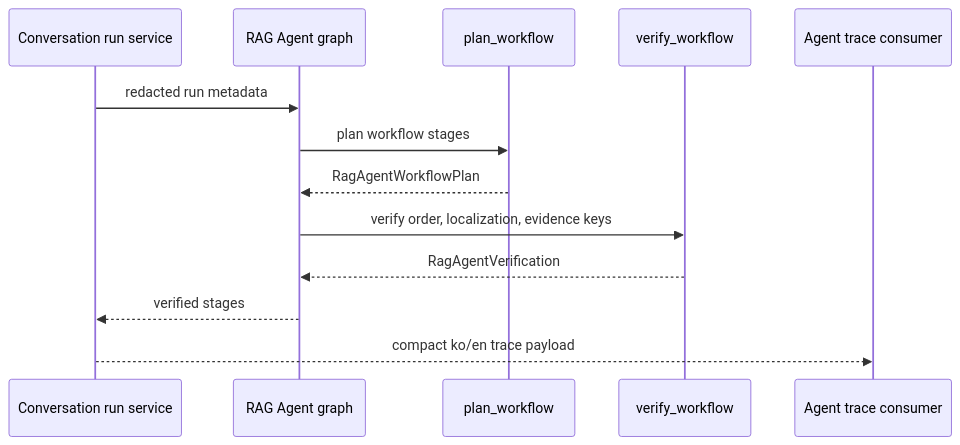
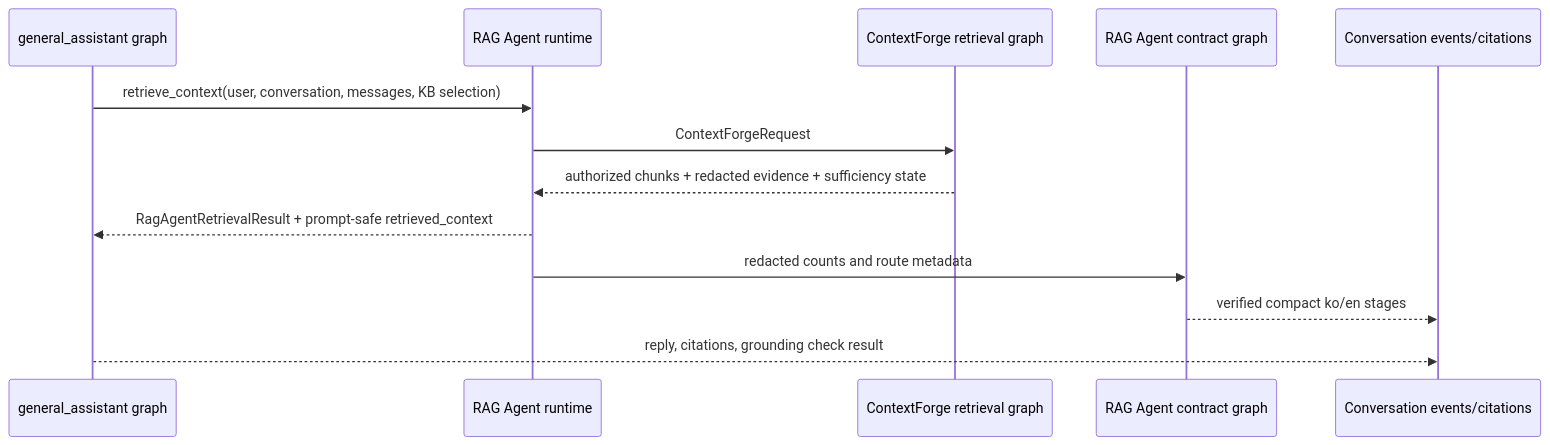
One commit to heecheon92/my-agents changed the diagram in my_agents/agents/rag_agent/README.en.md. Above: the diagram before and after it, drawn with Mermaid. The commit also changed other lines of this file and 45 other files, not shown here.

````diff
--- a/my_agents/agents/rag_agent/README.en.md
+++ b/my_agents/agents/rag_agent/README.en.md
@@ -28,16 +30,16 @@
 ```mermaid
 sequenceDiagram
-    participant Service as Conversation run service
-    participant Graph as RAG Agent graph
-    participant Planner as plan_workflow
-    participant Verifier as verify_workflow
-    participant Trace as Agent trace consumer
+    participant GA as general_assistant graph
+    participant RAG as RAG Agent runtime
+    participant CF as ContextForge retrieval graph
+    participant Trace as RAG Agent contract graph
+    participant Events as Conversation events/citations
 
-    Service->>Graph: redacted run metadata
-    Graph->>Planner: plan workflow stages
-    Planner-->>Graph: RagAgentWorkflowPlan
-    Graph->>Verifier: verify order, localization, evidence keys
-    Verifier-->>Graph: RagAgentVerification
-    Graph-->>Service: verified stages
-    Service-->>Trace: compact ko/en trace payload
+    GA->>RAG: retrieve_context(user, conversation, messages, KB selection)
+    RAG->>CF: ContextForgeRequest
+    CF-->>RAG: authorized chunks + redacted evidence + sufficiency state
+    RAG-->>GA: RagAgentRetrievalResult + prompt-safe retrieved_context
+    RAG->>Trace: redacted counts and route metadata
+    Trace-->>Events: verified compact ko/en stages
+    GA-->>Events: reply, citations, grounding check result
 ```
````
